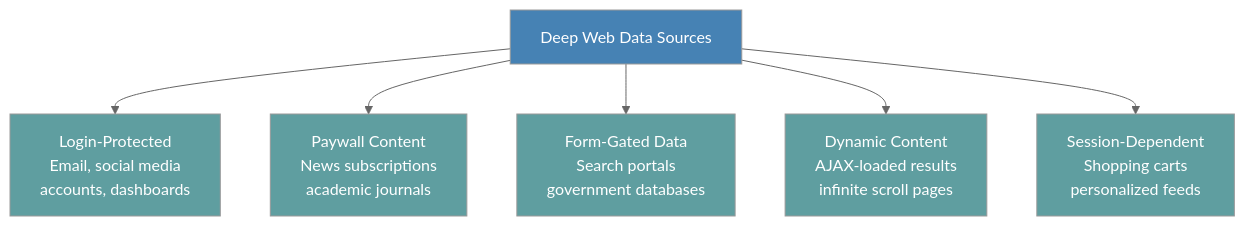
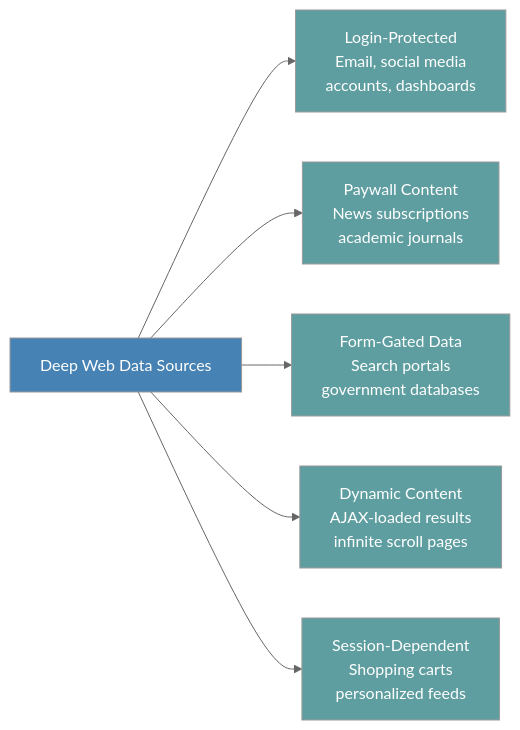
One commit to bytetunnels/bytetunnels.github.com changed the second of 6 diagrams in _posts/2026-02-04-types-of-web-databases-surface-web-deep-web-apis.md. Above: the diagram before and after it, drawn with Mermaid (neutral theme). The commit also changed other lines of this file and 118 other files, not shown here.

Commit message:
feat: improve diagram styling and compact wide flowcharts

````diff
--- a/_posts/2026-02-04-types-of-web-databases-surface-web-deep-web-apis.md
+++ b/_posts/2026-02-04-types-of-web-databases-surface-web-deep-web-apis.md
@@ -71,15 +71,15 @@
 ```mermaid
-graph TD
-    A["Deep Web Data Sources"] --> B["Login-Protected<br>Email, social media<br>accounts, dashboards"]
-    A --> C["Paywall Content<br>News subscriptions<br>academic journals"]
-    A --> D["Form-Gated Data<br>Search portals<br>government databases"]
-    A --> E["Dynamic Content<br>AJAX-loaded results<br>infinite scroll pages"]
-    A --> F["Session-Dependent<br>Shopping carts<br>personalized feeds"]
+graph LR
+    A["Deep Web Data Sources"] --> B["Login-Protected<br/>Email, social media<br/>accounts, dashboards"]
+    A --> C["Paywall Content<br/>News subscriptions<br/>academic journals"]
+    A --> D["Form-Gated Data<br/>Search portals<br/>government databases"]
+    A --> E["Dynamic Content<br/>AJAX-loaded results<br/>infinite scroll pages"]
+    A --> F["Session-Dependent<br/>Shopping carts<br/>personalized feeds"]
 
     style A fill:#4682B4,color:#fff
     style B fill:#5F9EA0,color:#fff
     style C fill:#5F9EA0,color:#fff
     style D fill:#5F9EA0,color:#fff
     style E fill:#5F9EA0,color:#fff
     style F fill:#5F9EA0,color:#fff
 ```
````
